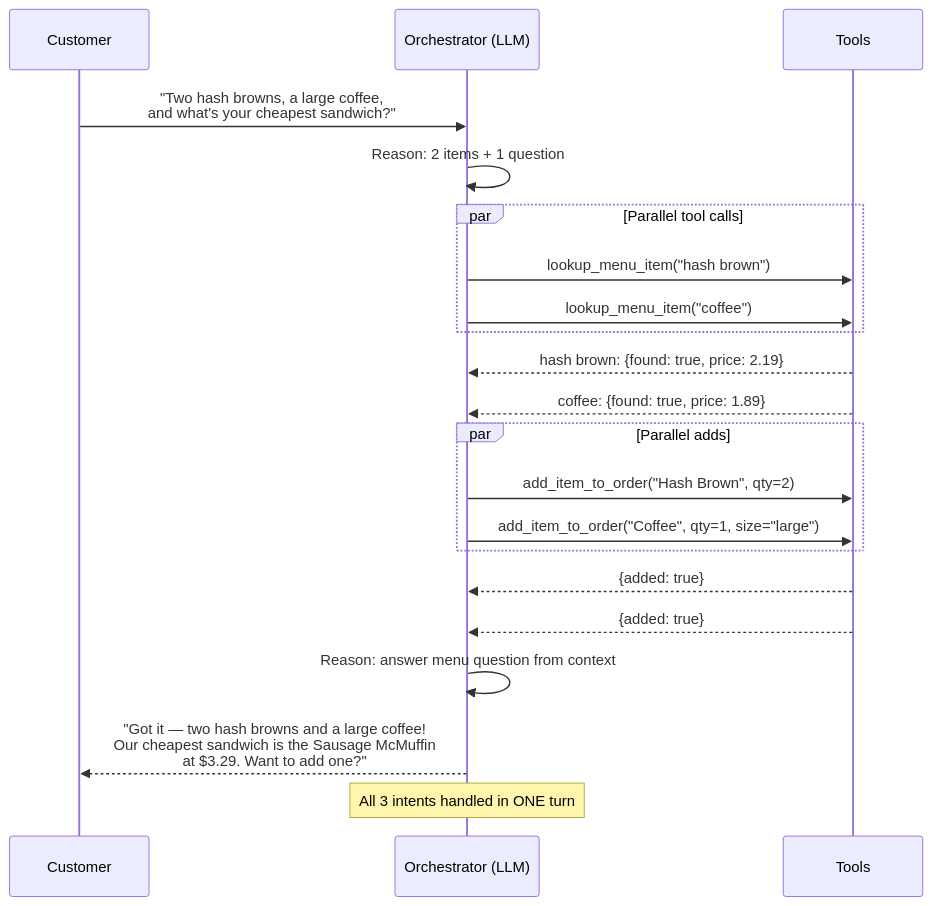
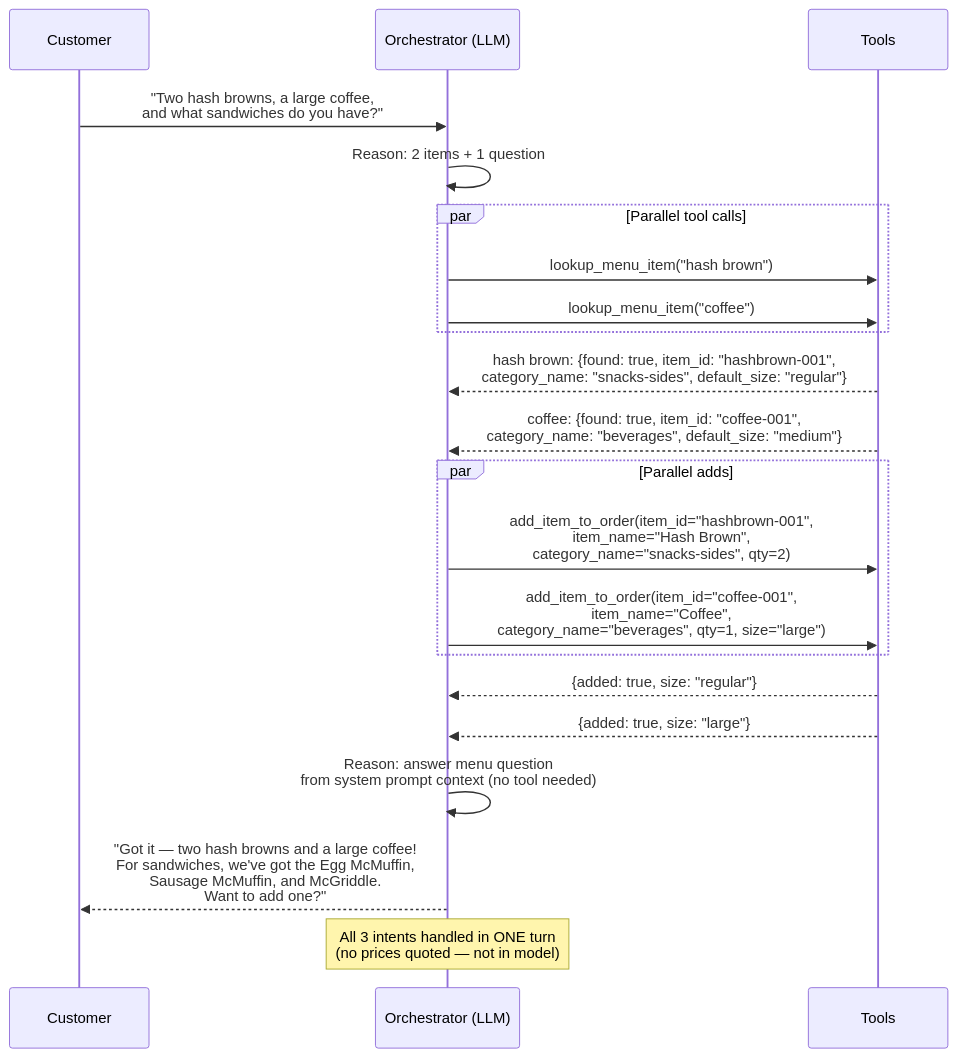
One commit to seanreed1111/mcdonalds-drive-thru-bot changed the eighth of 12 diagrams in docs/thoughts/target-implementation/v1/langgraph-state-diagrams-v1.md. Above: the diagram before and after it, drawn with Mermaid. The commit also changed other lines of this file and 3 other files, not shown here.

Commit message:
adds more planning docs about state persistence. also adds Order.__add__ to add order to item

````diff
--- a/docs/thoughts/target-implementation/v1/langgraph-state-diagrams-v1.md
+++ b/docs/thoughts/target-implementation/v1/langgraph-state-diagrams-v1.md
@@ -314,32 +378,32 @@
 ```mermaid
 sequenceDiagram
     participant C as Customer
     participant O as Orchestrator (LLM)
     participant T as Tools
 
-    C->>O: "Two hash browns, a large coffee,<br/>and what's your cheapest sandwich?"
+    C->>O: "Two hash browns, a large coffee,<br/>and what sandwiches do you have?"
 
     O->>O: Reason: 2 items + 1 question
 
     par Parallel tool calls
         O->>T: lookup_menu_item("hash brown")
         O->>T: lookup_menu_item("coffee")
     end
 
-    T-->>O: hash brown: {found: true, price: 2.19}
-    T-->>O: coffee: {found: true, price: 1.89}
+    T-->>O: hash brown: {found: true, item_id: "hashbrown-001",<br/>category_name: "snacks-sides", default_size: "regular"}
+    T-->>O: coffee: {found: true, item_id: "coffee-001",<br/>category_name: "beverages", default_size: "medium"}
 
     par Parallel adds
-        O->>T: add_item_to_order("Hash Brown", qty=2)
-        O->>T: add_item_to_order("Coffee", qty=1, size="large")
+        O->>T: add_item_to_order(item_id="hashbrown-001",<br/>item_name="Hash Brown",<br/>category_name="snacks-sides", qty=2)
+        O->>T: add_item_to_order(item_id="coffee-001",<br/>item_name="Coffee",<br/>category_name="beverages", qty=1, size="large")
     end
 
-    T-->>O: {added: true}
-    T-->>O: {added: true}
+    T-->>O: {added: true, size: "regular"}
+    T-->>O: {added: true, size: "large"}
 
-    O->>O: Reason: answer menu question from context
+    O->>O: Reason: answer menu question<br/>from system prompt context (no tool needed)
 
-    O-->>C: "Got it — two hash browns and a large coffee!<br/>Our cheapest sandwich is the Sausage McMuffin<br/>at $3.29. Want to add one?"
+    O-->>C: "Got it — two hash browns and a large coffee!<br/>For sandwiches, we've got the Egg McMuffin,<br/>Sausage McMuffin, and McGriddle.<br/>Want to add one?"
 
-    Note over O: All 3 intents handled in ONE turn
+    Note over O: All 3 intents handled in ONE turn<br/>(no prices quoted — not in model)
 ```
````
